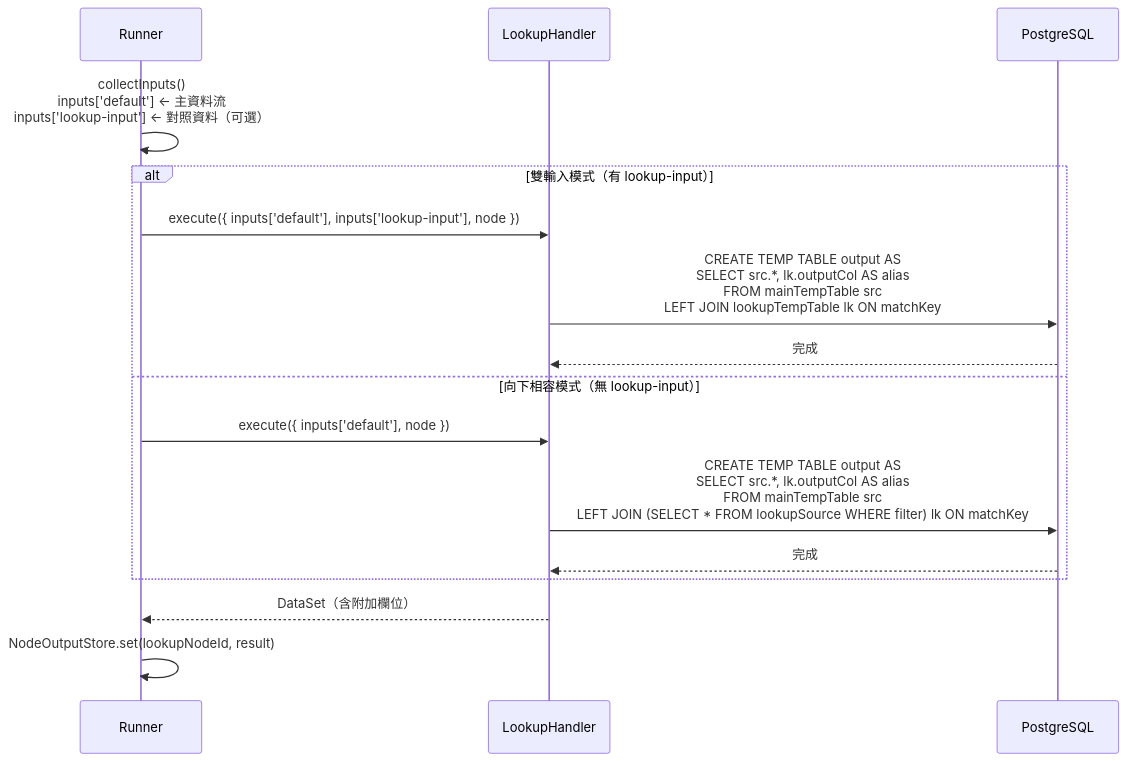
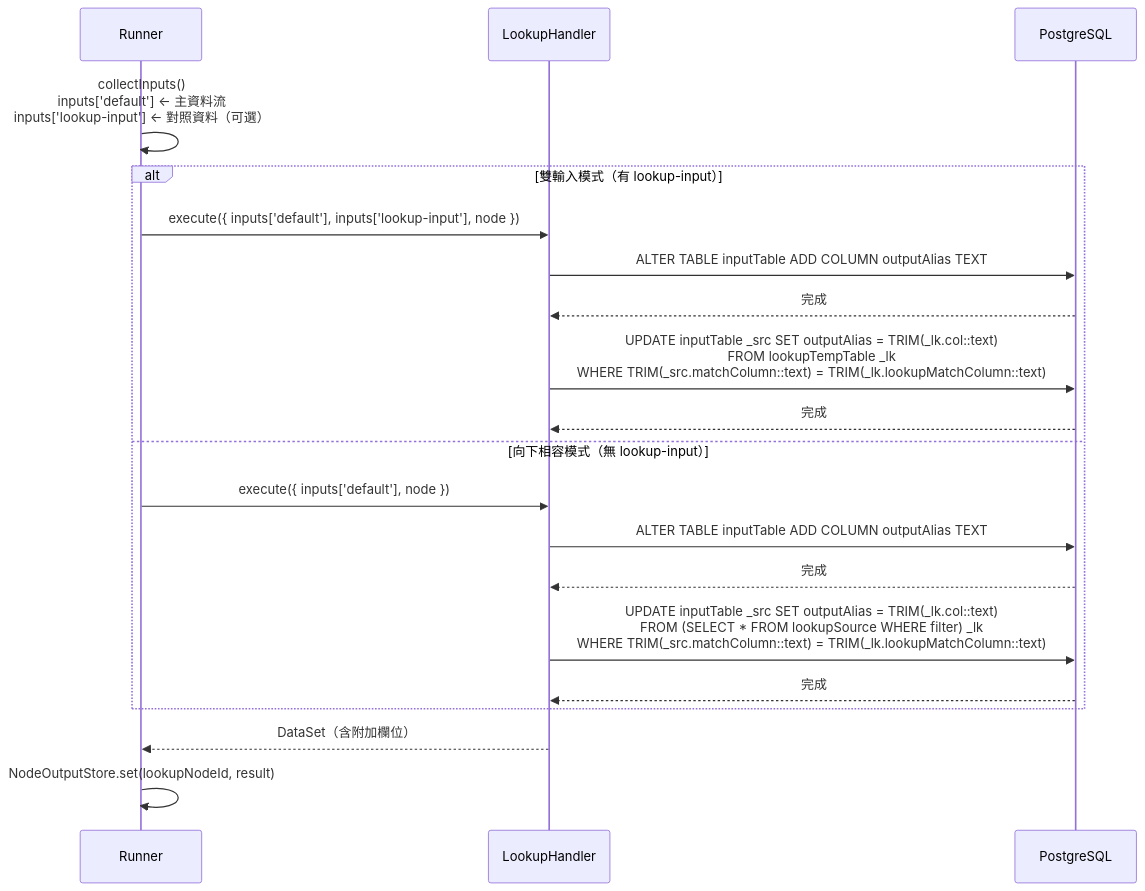
One commit to wisewhalesoft/cdmp-mvp changed the fifth of 7 diagrams in docs/specs/etl-engine-architecture.md. Above: the diagram before and after it, drawn with Mermaid. The commit also changed other lines of this file and 8 other files, not shown here.

First line of the commit message:
docs(spec): 修正全部 spec 文件對齊 85 欄位 customer_core schema

````diff
--- a/docs/specs/etl-engine-architecture.md
+++ b/docs/specs/etl-engine-architecture.md
@@ -401,21 +407,25 @@
 ```mermaid
 sequenceDiagram
     participant Runner
     participant LookupHandler
     participant PG as PostgreSQL
 
     Runner->>Runner: collectInputs()<br/>inputs['default'] ← 主資料流<br/>inputs['lookup-input'] ← 對照資料（可選）
 
     alt 雙輸入模式（有 lookup-input）
         Runner->>LookupHandler: execute({ inputs['default'], inputs['lookup-input'], node })
-        LookupHandler->>PG: CREATE TEMP TABLE output AS<br/>SELECT src.*, lk.outputCol AS alias<br/>FROM mainTempTable src<br/>LEFT JOIN lookupTempTable lk ON matchKey
+        LookupHandler->>PG: ALTER TABLE inputTable ADD COLUMN outputAlias TEXT
+        PG-->>LookupHandler: 完成
+        LookupHandler->>PG: UPDATE inputTable _src SET outputAlias = TRIM(_lk.col::text)<br/>FROM lookupTempTable _lk<br/>WHERE TRIM(_src.matchColumn::text) = TRIM(_lk.lookupMatchColumn::text)
         PG-->>LookupHandler: 完成
     else 向下相容模式（無 lookup-input）
         Runner->>LookupHandler: execute({ inputs['default'], node })
-        LookupHandler->>PG: CREATE TEMP TABLE output AS<br/>SELECT src.*, lk.outputCol AS alias<br/>FROM mainTempTable src<br/>LEFT JOIN (SELECT * FROM lookupSource WHERE filter) lk ON matchKey
+        LookupHandler->>PG: ALTER TABLE inputTable ADD COLUMN outputAlias TEXT
+        PG-->>LookupHandler: 完成
+        LookupHandler->>PG: UPDATE inputTable _src SET outputAlias = TRIM(_lk.col::text)<br/>FROM (SELECT * FROM lookupSource WHERE filter) _lk<br/>WHERE TRIM(_src.matchColumn::text) = TRIM(_lk.lookupMatchColumn::text)
         PG-->>LookupHandler: 完成
     end
 
     LookupHandler-->>Runner: DataSet（含附加欄位）
     Runner->>Runner: NodeOutputStore.set(lookupNodeId, result)
 ```
````
